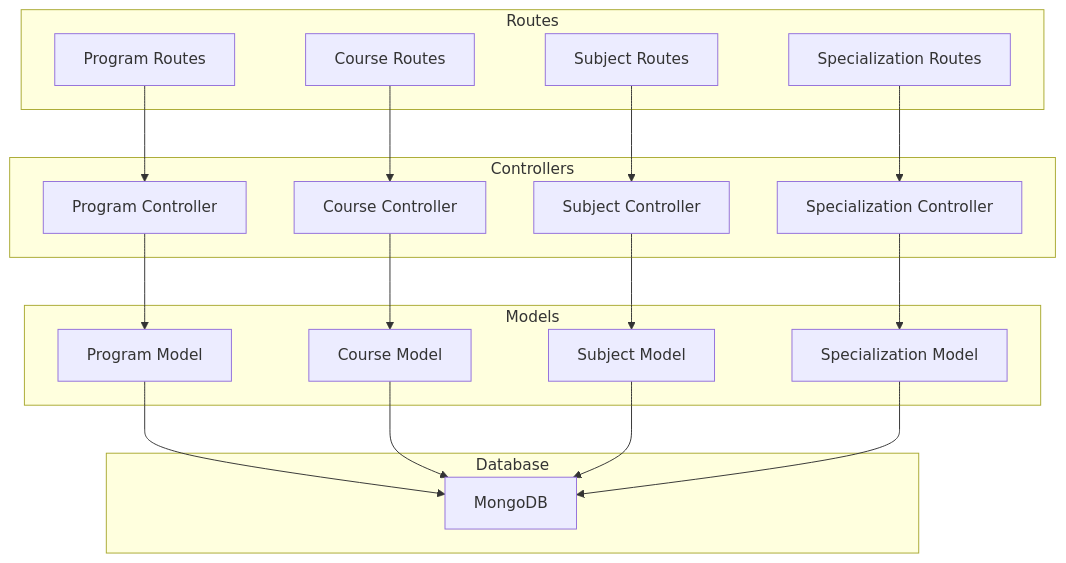
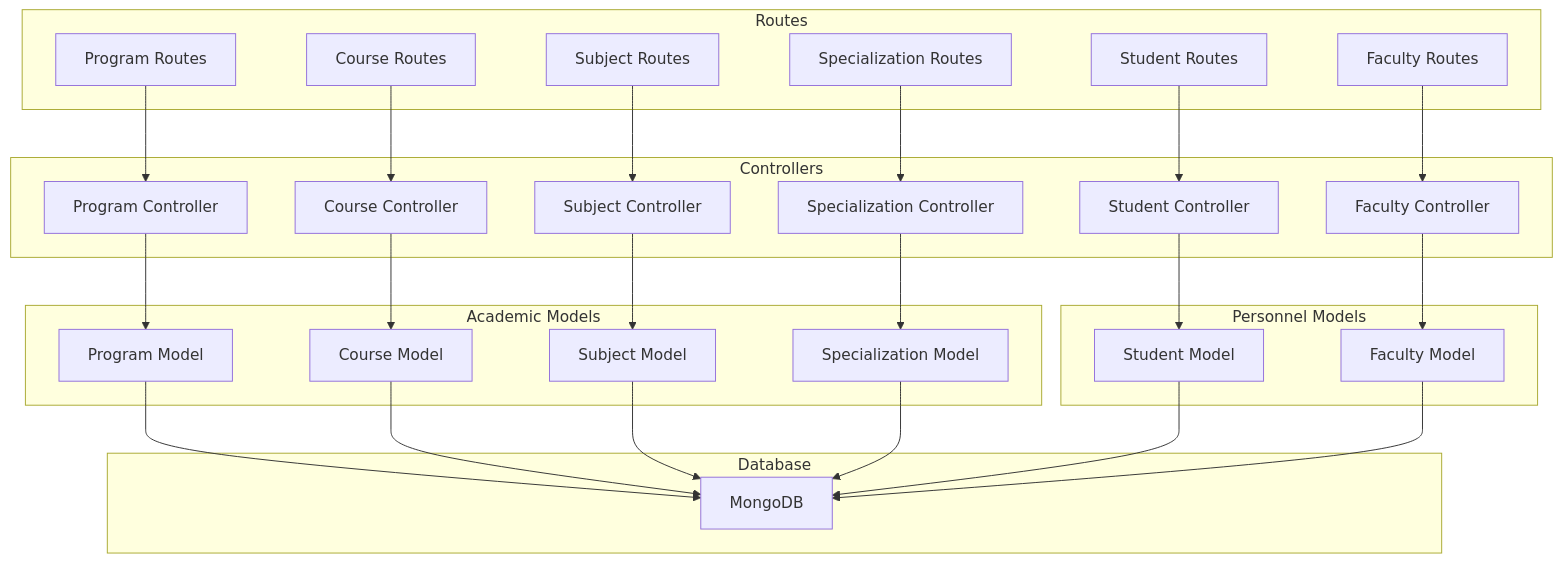
Before and after one commit to Aryan9060/Timetable-Project: the first of 10 diagrams in .qoder/repowiki/en/content/Data Models & Database Schema/Academic Entity Models.md, drawn with Mermaid. The commit also changed other lines of this file and 21 other files, not shown here.

````diff
--- a/.qoder/repowiki/en/content/Data Models & Database Schema/Academic Entity Models.md
+++ b/.qoder/repowiki/en/content/Data Models & Database Schema/Academic Entity Models.md
@@ -40,36 +56,50 @@
 ```mermaid
 graph TB
-subgraph "Models"
+subgraph "Academic Models"
 PM["Program Model"]
 CM["Course Model"]
 SM["Subject Model"]
 SpM["Specialization Model"]
+end
+subgraph "Personnel Models"
+StM["Student Model"]
+Fm["Faculty Model"]
 end
 subgraph "Controllers"
 PC["Program Controller"]
 CC["Course Controller"]
 SC["Subject Controller"]
 SpC["Specialization Controller"]
+StC["Student Controller"]
+FC["Faculty Controller"]
 end
 subgraph "Routes"
 PR["Program Routes"]
 CR["Course Routes"]
 Sr["Subject Routes"]
 SpR["Specialization Routes"]
+Str["Student Routes"]
+Fr["Faculty Routes"]
 end
 subgraph "Database"
 DB["MongoDB"]
 end
 PM --> DB
 CM --> DB
 SM --> DB
 SpM --> DB
+StM --> DB
+Fm --> DB
 PR --> PC
 CR --> CC
 Sr --> SC
 SpR --> SpC
+Str --> StC
+Fr --> FC
 PC --> PM
 CC --> CM
 SC --> SM
 SpC --> SpM
+StC --> StM
+FC --> Fm
 ```
````
